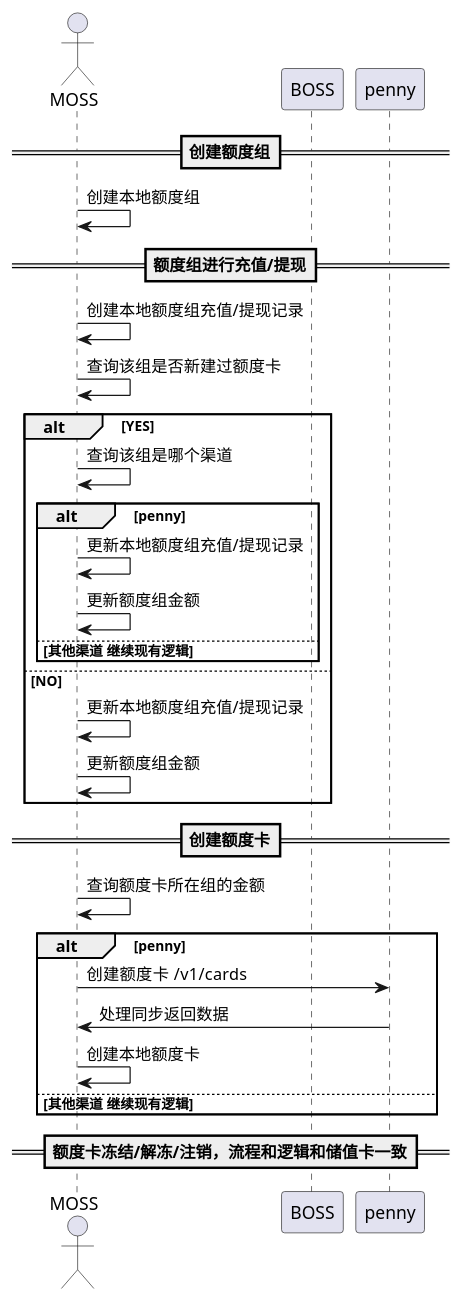
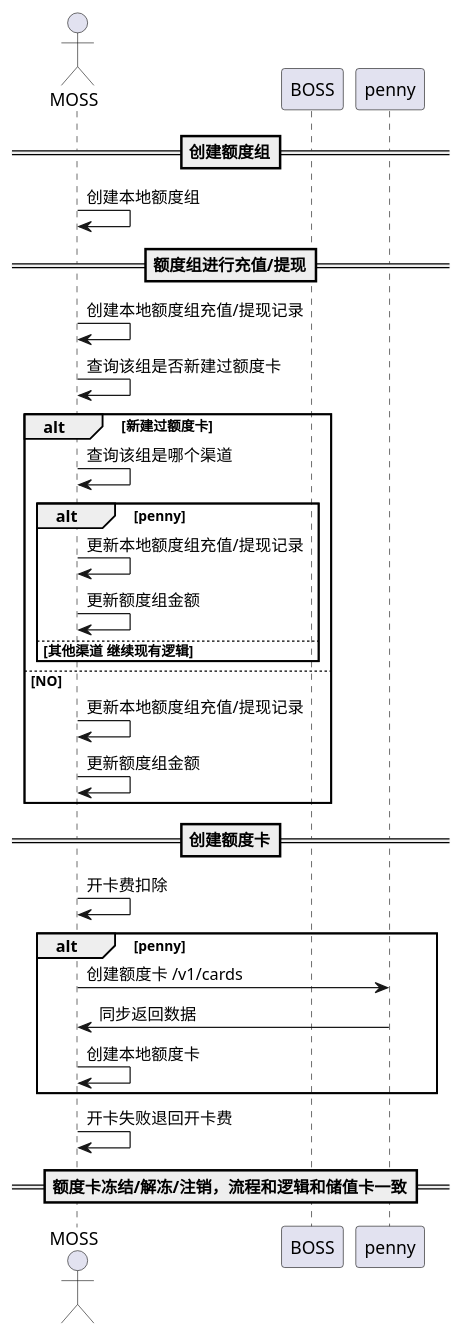
Before and after one commit to VernePan/MyProject: the diagram in src/main/uml/vcc/penny/share-card.puml, drawn with PlantUML. The commit also changed 4 other files, not shown here.

```diff
--- a/src/main/uml/vcc/penny/share-card.puml
+++ b/src/main/uml/vcc/penny/share-card.puml
@@ -1,41 +1,40 @@
 @startuml
 'https://plantuml.com/sequence-diagram
 
 actor MOSS
 participant BOSS
 participant penny
 
 == 创建额度组==
     MOSS -> MOSS: 创建本地额度组
 
 == 额度组进行充值/提现==
 
     MOSS -> MOSS: 创建本地额度组充值/提现记录
     MOSS -> MOSS: 查询该组是否新建过额度卡
-    alt YES
+    alt 新建过额度卡
         MOSS -> MOSS: 查询该组是哪个渠道
         alt penny
         MOSS -> MOSS: 更新本地额度组充值/提现记录
         MOSS -> MOSS: 更新额度组金额
         else 其他渠道 继续现有逻辑
         end
     else NO
         MOSS -> MOSS: 更新本地额度组充值/提现记录
         MOSS -> MOSS: 更新额度组金额
 end
 
 == 创建额度卡==
-    MOSS -> MOSS: 查询额度卡所在组的金额
+    MOSS -> MOSS: 开卡费扣除
 alt penny
-    MOSS -> penny: 创建额度卡  /v1/cards
-    penny -> MOSS: 处理同步返回数据
+    MOSS -> penny: 创建额度卡 /v1/cards
+    penny -> MOSS: 同步返回数据
     MOSS -> MOSS: 创建本地额度卡
-else 其他渠道 继续现有逻辑
-
 end
+    MOSS -> MOSS: 开卡失败退回开卡费
 
 
 == 额度卡冻结/解冻/注销，流程和逻辑和储值卡一致==
 
 
 @enduml
```
